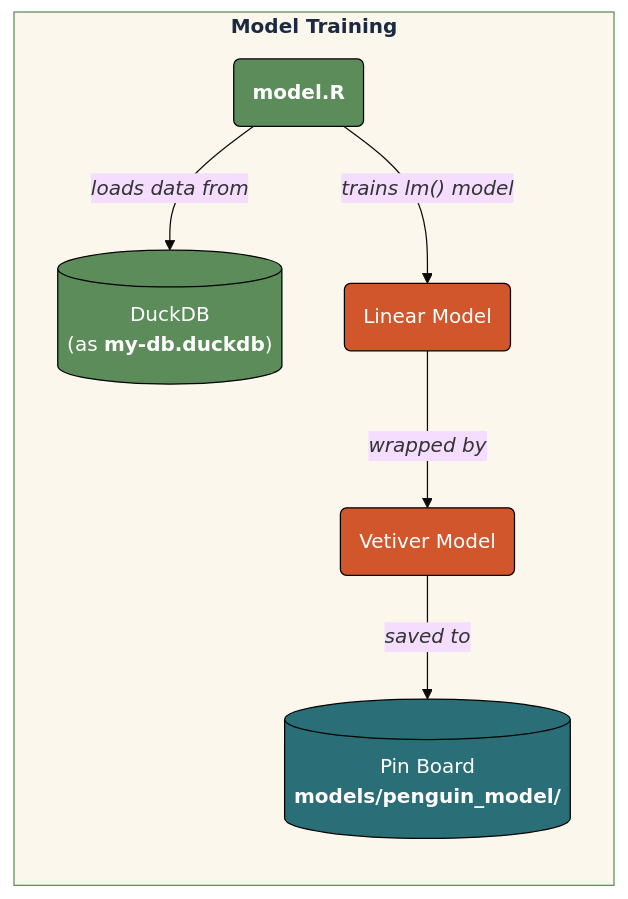
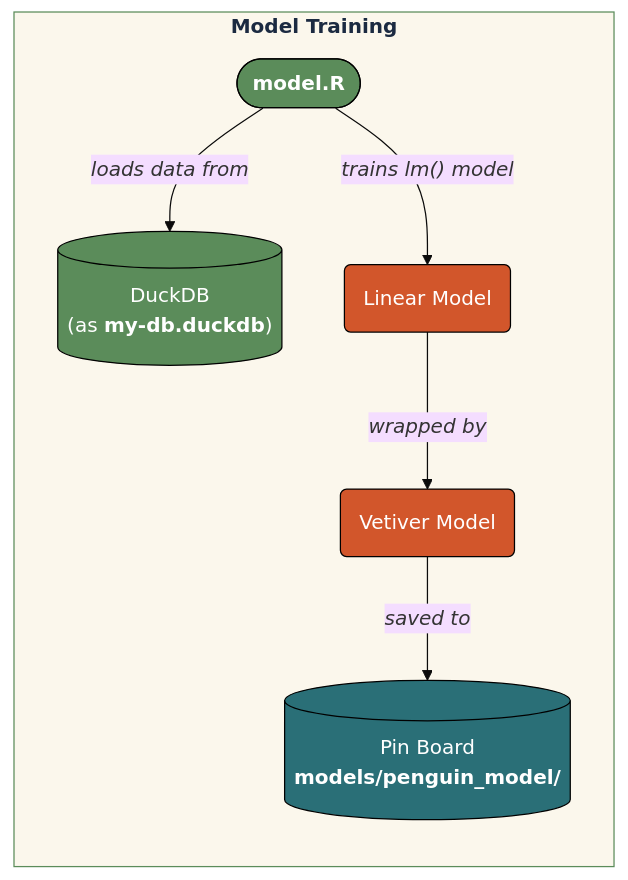
The second of 9 diagrams in plumber.qmd (mjfrigaard/do4ds-labs), drawn with Mermaid before and after one commit. The commit also changed other lines of this file and 19 other files, not shown here.

````diff
--- a/plumber.qmd
+++ b/plumber.qmd
@@ -191,26 +198,26 @@
 ```{mermaid}
 %%| fig-cap: 'Model Training and Storage'
 %%| fig-width: 7.0
 %%| fig-align: 'center'
 %%{init: {'theme': 'base', 'themeVariables': {'fontFamily': 'monospace'}}}%%
 
 graph LR
     subgraph Training["<strong>Model Training</strong>"]
-		ModelR("<strong>model.R</strong>")
+		ModelR(["<strong>model.R</strong>"])
         DuckDB[("DuckDB <br> (as <strong>my-db.duckdb</strong>)")]
         PinBoard[("Pin Board<br><strong>models/penguin_model/</strong>")]
 
         ModelR -->|"<em>loads data from</em>"| DuckDB
         ModelR -->|"<em>trains lm() model</em>"| LM("Linear Model")
         LM -->|"<em>wrapped by</em>"| Vetiver("Vetiver Model")
         Vetiver -->|"<em>saved to</em>"| PinBoard
     end
     style Training fill:#fbf7ec,stroke:#5B8C5A,color:#1B2A41
     style ModelR fill:#5B8C5A,stroke:#000000,stroke-width:1px,color:#ffffff
     style DuckDB fill:#5B8C5A,stroke:#000000,stroke-width:1px,color:#ffffff
     style LM fill:#D2562B,stroke:#000000,stroke-width:1px,color:#ffffff
     style Vetiver fill:#D2562B,stroke:#000000,stroke-width:1px,color:#ffffff
     style PinBoard fill:#2A6F77,stroke:#000000,stroke-width:1px,color:#ffffff
     
   
 ```
````
